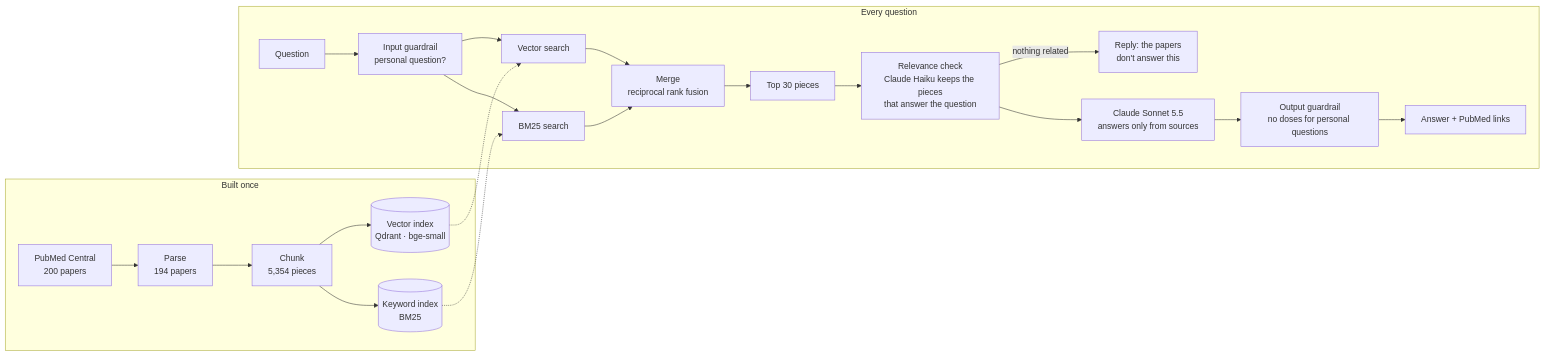
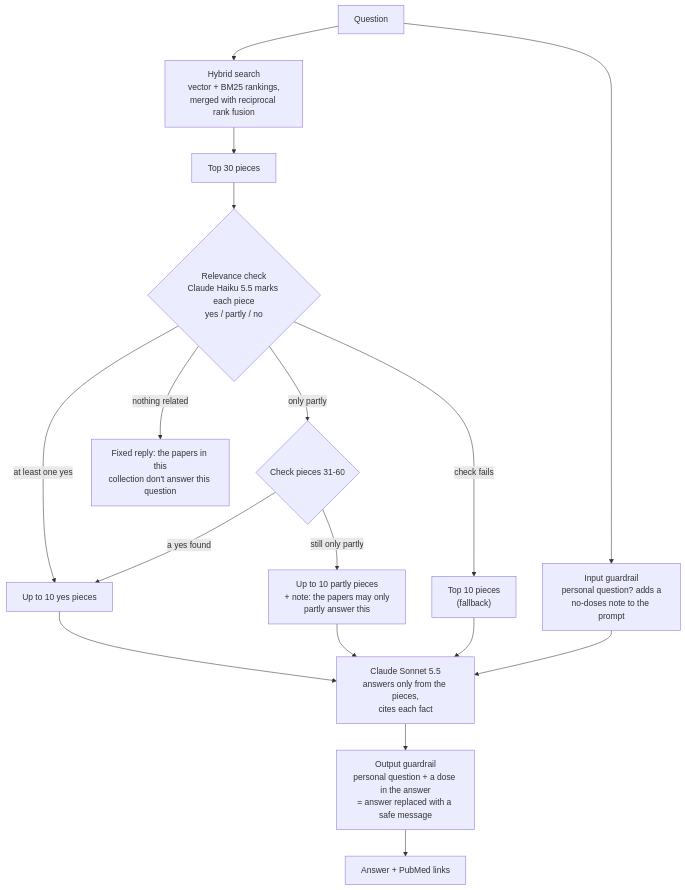
Before and after one commit to PK2910/CAR-T-CELL-RAG-PROJECT: the second of 3 diagrams in README.md, drawn with Mermaid. The commit also changed other lines of this file, not shown here.

Commit message:
README: architecture diagrams for indexing, answering (relevance check, guardrails) and testing

````diff
--- a/README.md
+++ b/README.md
@@ -18,24 +30,19 @@
 ```mermaid
-flowchart LR
-    subgraph Offline["Built once"]
-        A[PubMed Central<br/>200 papers] --> B[Parse<br/>194 papers]
-        B --> C[Chunk<br/>5,354 pieces]
-        C --> D[(Vector index<br/>Qdrant · bge-small)]
-        C --> E[(Keyword index<br/>BM25)]
-    end
-    subgraph Online["Every question"]
-        Q[Question] --> G1[Input guardrail<br/>personal question?]
-        G1 --> V[Vector search]
-        G1 --> K[BM25 search]
-        V --> R[Merge<br/>reciprocal rank fusion]
-        K --> R
-        R --> T[Top 30 pieces]
-        T --> RC[Relevance check<br/>Claude Haiku keeps the pieces<br/>that answer the question]
-        RC -->|nothing related| NF[Reply: the papers<br/>don't answer this]
-        RC --> L[Claude Sonnet 5.5<br/>answers only from sources]
-        L --> G2[Output guardrail<br/>no doses for personal questions]
-        G2 --> OUT[Answer + PubMed links]
-    end
-    D -.-> V
-    E -.-> K
+flowchart TB
+    Q["Question"] --> S["Hybrid search<br/>vector + BM25 rankings,<br/>merged with reciprocal rank fusion"]
+    S --> T["Top 30 pieces"]
+    T --> RC{"Relevance check<br/>Claude Haiku 5.5 marks each piece<br/>yes / partly / no"}
+    RC -->|"at least one yes"| Y["Up to 10 yes pieces"]
+    RC -->|"only partly"| P2{"Check pieces 31-60"}
+    P2 -->|"a yes found"| Y
+    P2 -->|"still only partly"| PA["Up to 10 partly pieces<br/>+ note: the papers may only<br/>partly answer this"]
+    RC -->|"nothing related"| NF["Fixed reply: the papers in this<br/>collection don't answer this question"]
+    RC -->|"check fails"| FB["Top 10 pieces<br/>(fallback)"]
+    Q --> G1["Input guardrail<br/>personal question? adds a<br/>no-doses note to the prompt"]
+    Y --> L["Claude Sonnet 5.5<br/>answers only from the pieces,<br/>cites each fact"]
+    PA --> L
+    FB --> L
+    G1 --> L
+    L --> G2["Output guardrail<br/>personal question + a dose in the answer<br/>= answer replaced with a safe message"]
+    G2 --> OUT["Answer + PubMed links"]
 ```
````
